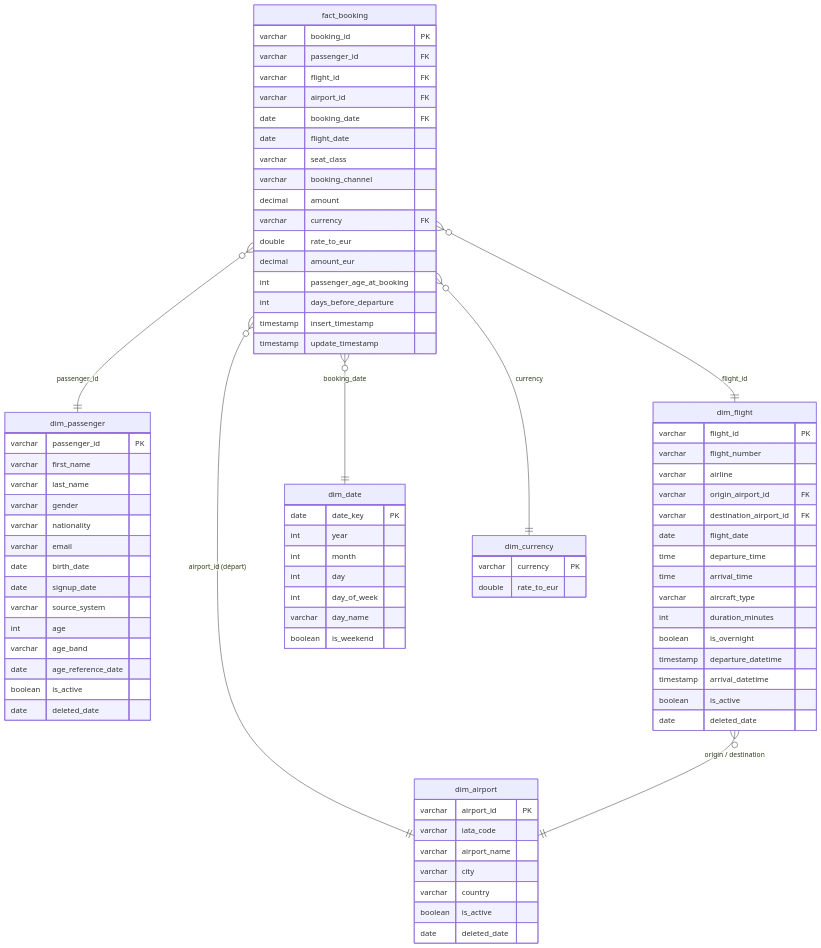
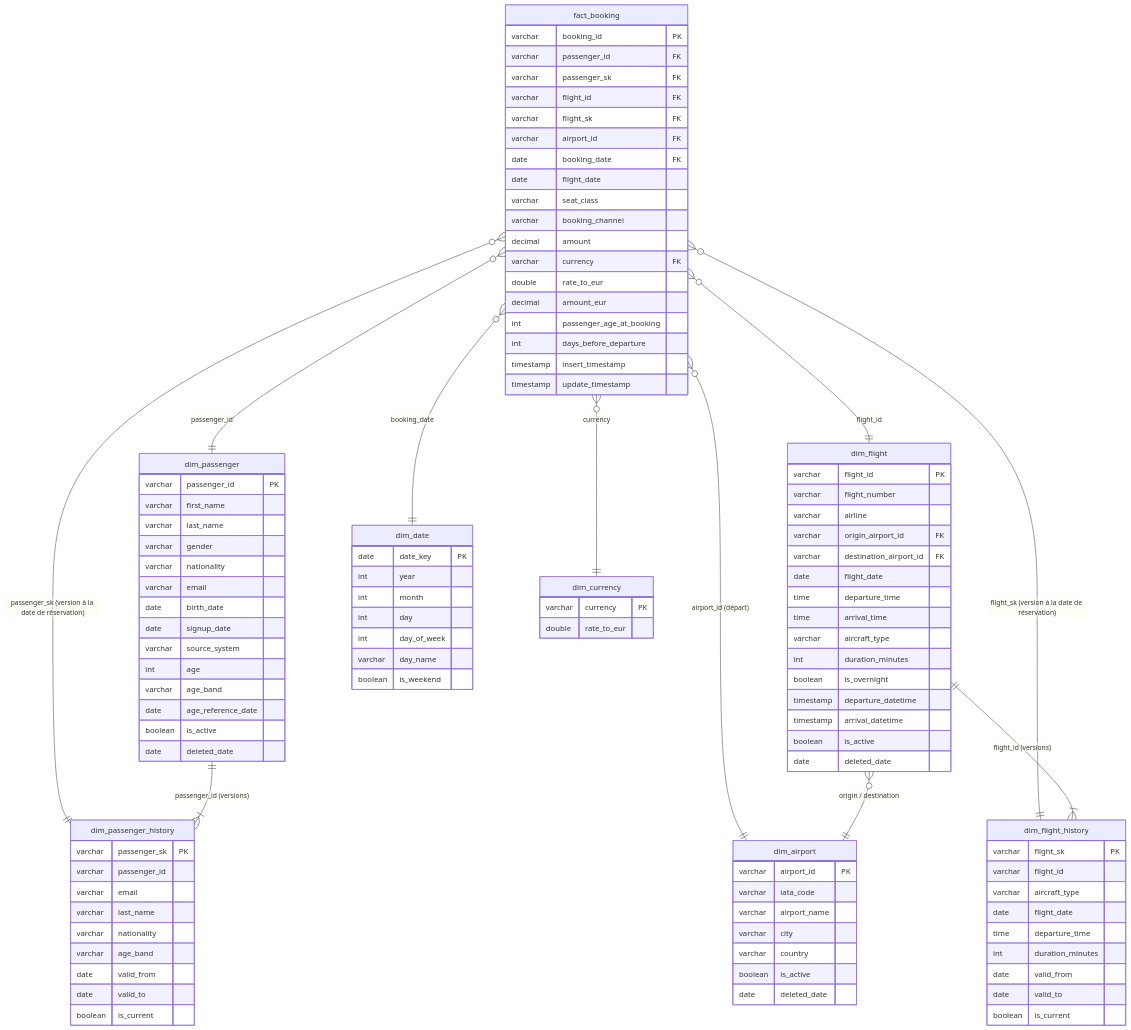
Before and after one commit to aminenakrou/tp-polytech-sujet-2026: the second of 2 diagrams in DOCUMENTATION.md, drawn with Mermaid. The commit also changed other lines of this file and 5 other files, not shown here.

Commit message:
Bonus SCD2 : historisation des vols et passagers (silver/gold *_history), fact_booking relié à la version valide à la réservation

````diff
--- a/DOCUMENTATION.md
+++ b/DOCUMENTATION.md
@@ -142,12 +142,18 @@
     fact_booking }o--|| dim_airport : "airport_id (départ)"
     fact_booking }o--|| dim_date : booking_date
     fact_booking }o--|| dim_currency : currency
+    fact_booking }o--|| dim_flight_history : "flight_sk (version à la date de réservation)"
+    fact_booking }o--|| dim_passenger_history : "passenger_sk (version à la date de réservation)"
     dim_flight }o--|| dim_airport : "origin / destination"
+    dim_flight ||--|{ dim_flight_history : "flight_id (versions)"
+    dim_passenger ||--|{ dim_passenger_history : "passenger_id (versions)"
 
     fact_booking {
         varchar booking_id PK
         varchar passenger_id FK
+        varchar passenger_sk FK
         varchar flight_id FK
+        varchar flight_sk FK
         varchar airport_id FK
         date booking_date FK
         date flight_date
@@ -217,4 +223,26 @@
         varchar currency PK
         double rate_to_eur
     }
+    dim_flight_history {
+        varchar flight_sk PK
+        varchar flight_id
+        varchar aircraft_type
+        date flight_date
+        time departure_time
+        int duration_minutes
+        date valid_from
+        date valid_to
+        boolean is_current
+    }
+    dim_passenger_history {
+        varchar passenger_sk PK
+        varchar passenger_id
+        varchar email
+        varchar last_name
+        varchar nationality
+        varchar age_band
+        date valid_from
+        date valid_to
+        boolean is_current
+    }
 ```
````
